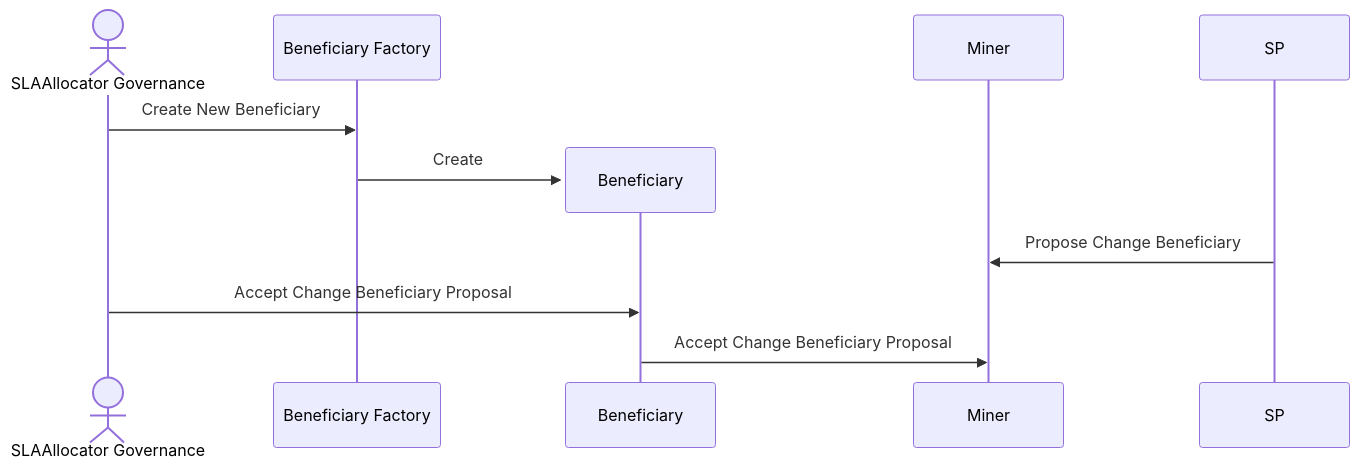
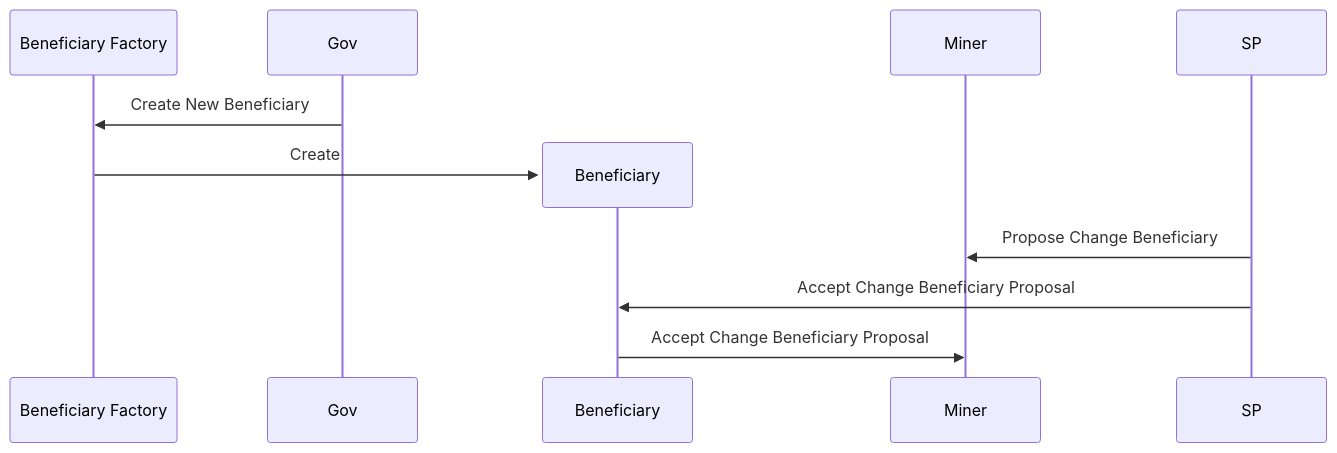
One commit to kacperzuk-neti/sla-allocator-contracts changed the second of 2 diagrams in README.md. Above: the diagram before and after it, drawn with Mermaid. The commit also changed other lines of this file, not shown here.

````diff
--- a/README.md
+++ b/README.md
@@ -255,13 +327,12 @@
 ```mermaid
 sequenceDiagram
-  actor Gov as SLAAllocator Governance
   participant Factory as Beneficiary Factory
 
 Gov->>Factory: Create New Beneficiary
 create participant Beneficiary
 Factory->>Beneficiary: Create
 participant Miner
 SP->>Miner: Propose Change Beneficiary
-Gov->>Beneficiary: Accept Change Beneficiary Proposal
+SP->>Beneficiary: Accept Change Beneficiary Proposal
 Beneficiary->>Miner: Accept Change Beneficiary Proposal
 ```
````
